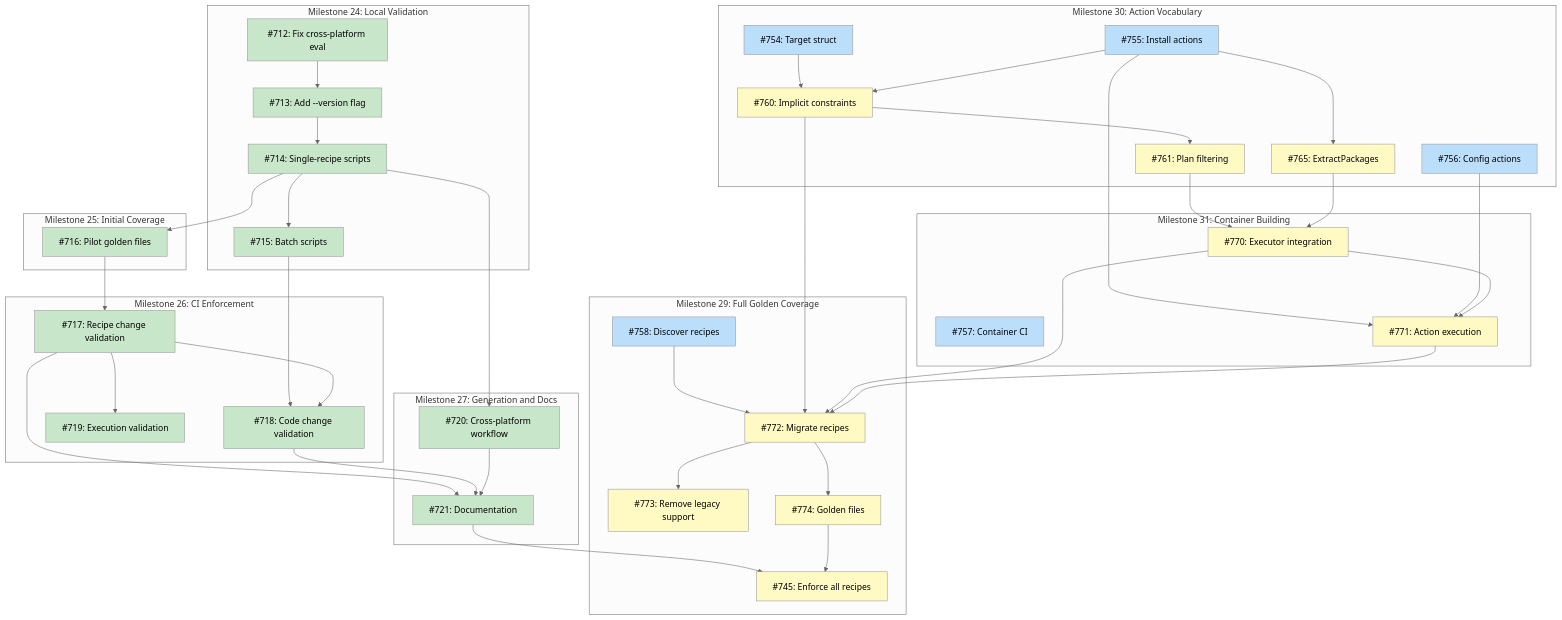
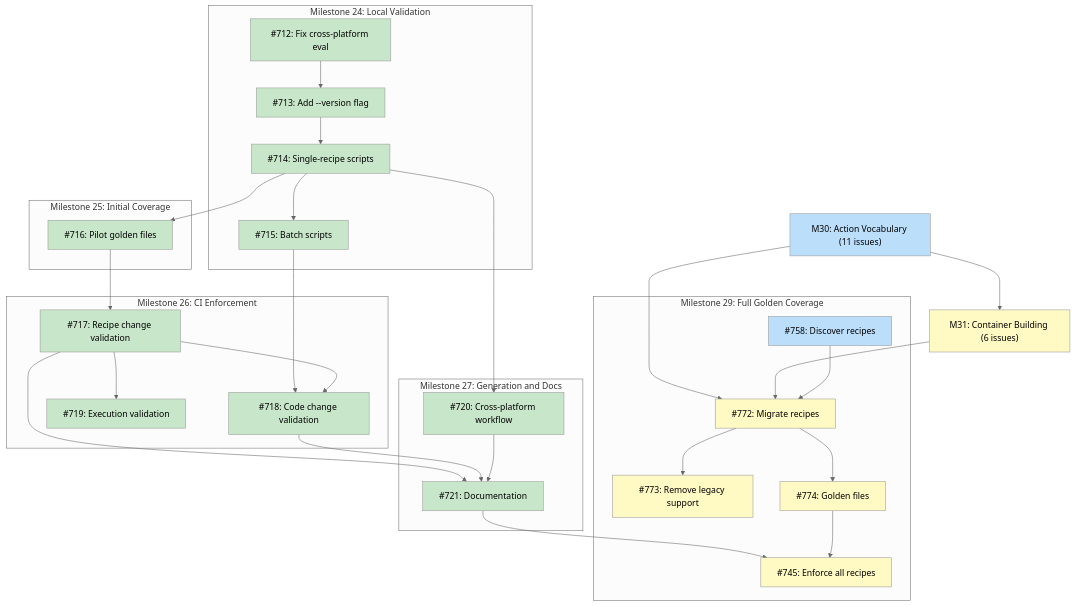
The diagram in docs/DESIGN-golden-plan-testing.md (tsukumogami/tsuku), drawn with Mermaid (neutral theme) before and after one commit. The commit also changed other lines of this file, not shown here.

Commit message:
docs(design): simplify golden-plan-testing dependency diagram
Collapse M30 and M31 into milestone-level boxes instead of showing
individual issues. Full issue breakdowns are in the companion design
docs (DESIGN-system-dependency-actions.md, DESIGN-structured-install-guide.md).

````diff
--- a/docs/DESIGN-golden-plan-testing.md
+++ b/docs/DESIGN-golden-plan-testing.md
@@ -99,20 +80,8 @@
         I721["#721: Documentation"]
     end
 
-    subgraph M30["Milestone 30: Action Vocabulary"]
-        I754["#754: Target struct"]
-        I755["#755: Install actions"]
-        I756["#756: Config actions"]
-        I760["#760: Implicit constraints"]
-        I761["#761: Plan filtering"]
-        I765["#765: ExtractPackages"]
-    end
-
-    subgraph M31["Milestone 31: Container Building"]
-        I757["#757: Container CI"]
-        I770["#770: Executor integration"]
-        I771["#771: Action execution"]
-    end
+    M30["M30: Action Vocabulary (11 issues)"]
+    M31["M31: Container Building (6 issues)"]
 
     subgraph M29["Milestone 29: Full Golden Coverage"]
         I758["#758: Discover recipes"]
@@ -135,19 +104,10 @@
     I718 --> I721
     I720 --> I721
 
-    I754 --> I760
-    I755 --> I760
-    I760 --> I761
-    I755 --> I765
-    I761 --> I770
-    I765 --> I770
-    I755 --> I771
-    I756 --> I771
-    I770 --> I771
+    M30 --> M31
+    M30 --> I772
+    M31 --> I772
     I758 --> I772
-    I760 --> I772
-    I770 --> I772
-    I771 --> I772
     I772 --> I773
     I772 --> I774
     I721 --> I745
@@ -158,6 +118,6 @@
     classDef blocked fill:#fff9c4
 
     class I712,I713,I714,I715,I716,I717,I718,I719,I720,I721 done
-    class I754,I755,I756,I757,I758 ready
-    class I760,I761,I765,I770,I771,I772,I773,I774,I745 blocked
+    class M30,I758 ready
+    class M31,I772,I773,I774,I745 blocked
 ```
````
